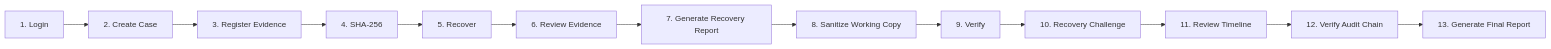
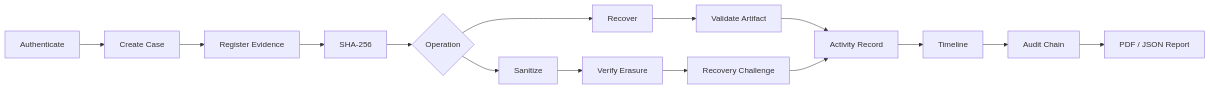
One commit to Yemireddy-Pragnavi/Re-Trace changed the seventh of 7 diagrams in README.md. Above: the diagram before and after it, drawn with Mermaid. The commit also changed other lines of this file, not shown here.

````diff
--- a/README.md
+++ b/README.md
@@ -1383,28 +400,30 @@
 ```mermaid
 flowchart LR
 
-    A["1. Login"]
-      --> B["2. Create Case"]
+    A["Authenticate"]
+      --> B["Create Case"]
 
-    B --> C["3. Register Evidence"]
+    B --> C["Register Evidence"]
 
-    C --> D["4. SHA-256"]
+    C --> D["SHA-256"]
 
-    D --> E["5. Recover"]
+    D --> E{"Operation"}
 
-    E --> F["6. Review Evidence"]
+    E --> F["Recover"]
+    E --> G["Sanitize"]
 
-    F --> G["7. Generate Recovery Report"]
+    F --> H["Validate Artifact"]
 
-    G --> H["8. Sanitize Working Copy"]
+    G --> I["Verify Erasure"]
 
-    H --> I["9. Verify"]
+    I --> J["Recovery Challenge"]
 
-    I --> J["10. Recovery Challenge"]
+    H --> K["Activity Record"]
+    J --> K
 
-    J --> K["11. Review Timeline"]
+    K --> L["Timeline"]
 
-    K --> L["12. Verify Audit Chain"]
+    L --> M["Audit Chain"]
 
-    L --> M["13. Generate Final Report"]
+    M --> N["PDF / JSON Report"]
 ```
````
